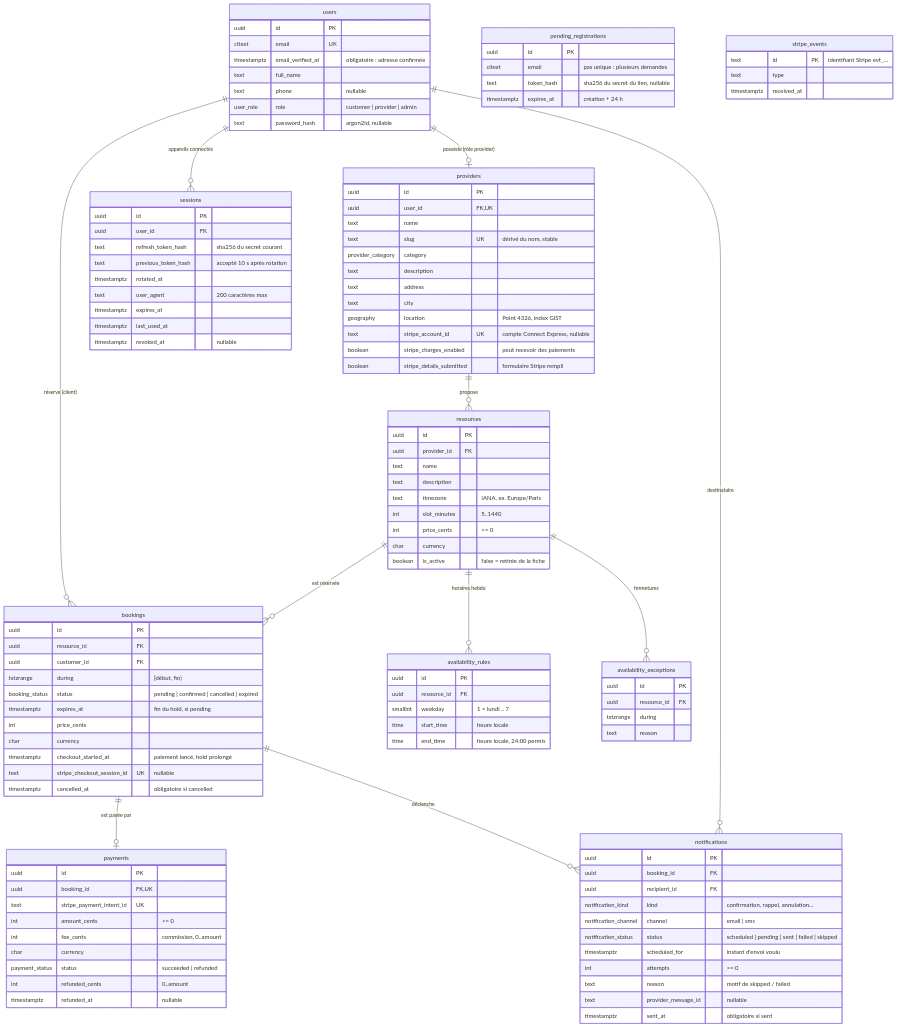
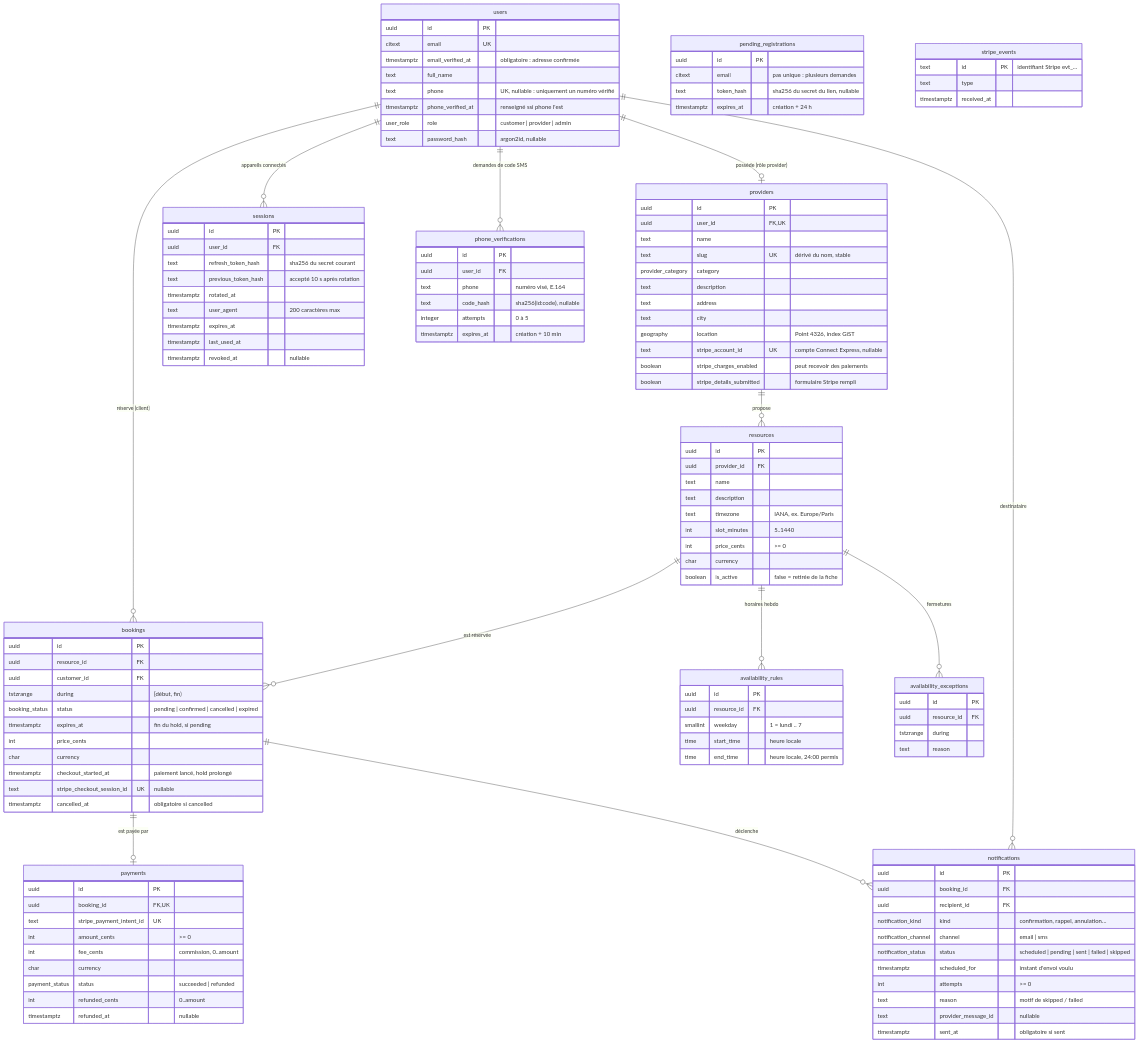
The diagram in docs/schema.md (KasselFelix/Creno), drawn with Mermaid before and after one commit. The commit also changed other lines of this file and 5 other files, not shown here.

Commit message:
docs: phone verification (schema, ADR 0012, README)

```diff
--- a/docs/schema.md
+++ b/docs/schema.md
@@ -14,13 +14,15 @@
   bookings ||--o| payments : "est payée par"
   bookings ||--o{ notifications : "déclenche"
   users ||--o{ notifications : "destinataire"
+  users ||--o{ phone_verifications : "demandes de code SMS"
 
   users {
     uuid id PK
     citext email UK
     timestamptz email_verified_at "obligatoire : adresse confirmée"
     text full_name
-    text phone "nullable"
+    text phone "UK, nullable : uniquement un numéro vérifié"
+    timestamptz phone_verified_at "renseigné ssi phone l'est"
     user_role role "customer | provider | admin"
     text password_hash "argon2id, nullable"
   }
@@ -29,6 +31,14 @@
     citext email "pas unique : plusieurs demandes"
     text token_hash "sha256 du secret du lien, nullable"
     timestamptz expires_at "création + 24 h"
+  }
+  phone_verifications {
+    uuid id PK
+    uuid user_id FK
+    text phone "numéro visé, E.164"
+    text code_hash "sha256(id:code), nullable"
+    integer attempts "0 à 5"
+    timestamptz expires_at "création + 10 min"
   }
   sessions {
     uuid id PK
```
